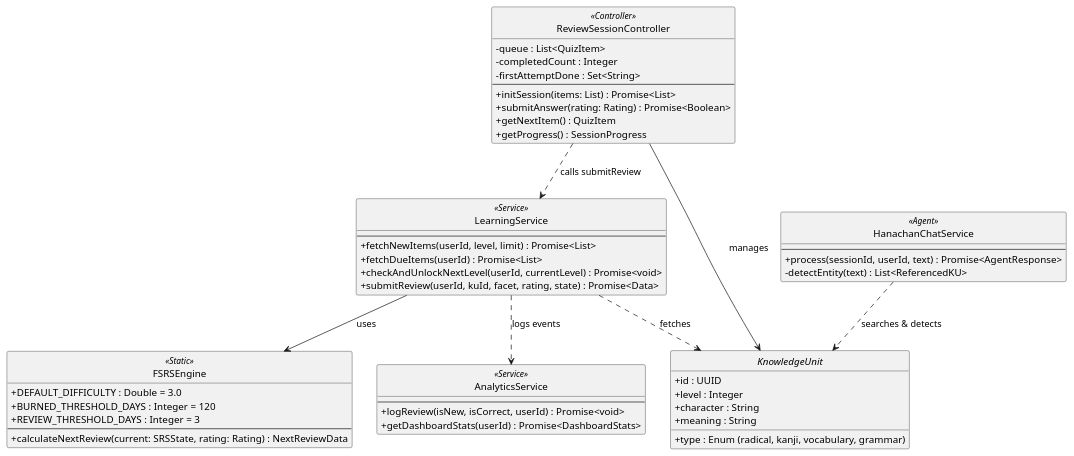
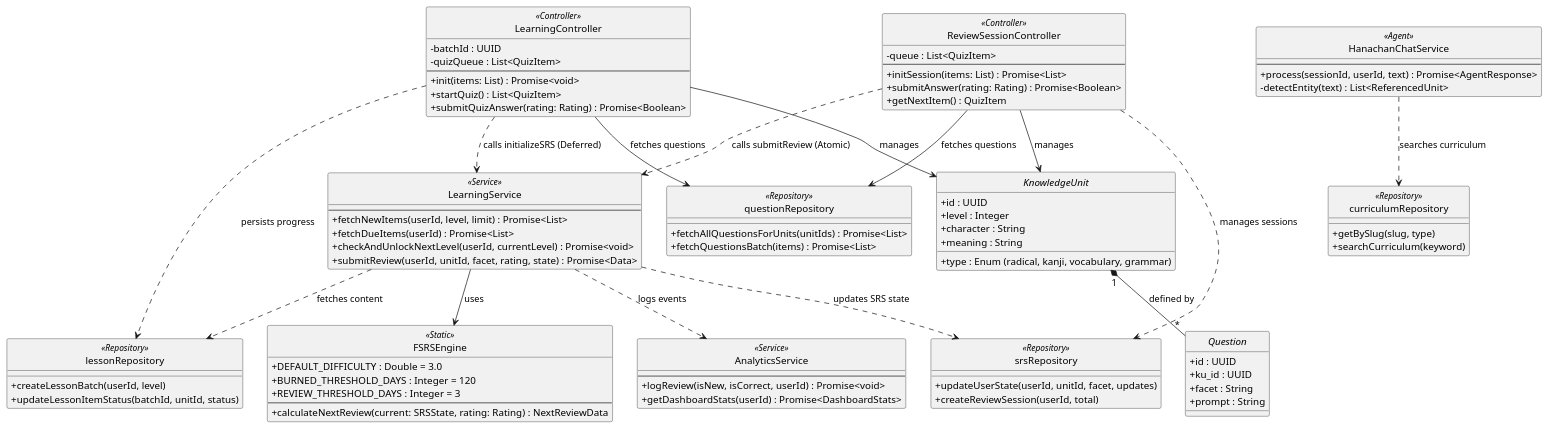
The diagram in docs/uncertain/class/classes.md (anhtranguyen-github/Hanachan), drawn with PlantUML before and after one commit. The commit also changed other lines of this file and 20 other files, not shown here.

First line of the commit message:
docs(arch): update ER and package diagrams for Hanachan v2

````diff
--- a/docs/uncertain/class/classes.md
+++ b/docs/uncertain/class/classes.md
@@ -20,17 +20,26 @@
 }
 
 ' ==========================================
-' 2. THE COORDINATOR: ReviewSessionController
+' 2a. THE DISCOVERY: LearningController
+' ==========================================
+class LearningController <<Controller>> {
+  - batchId : UUID
+  - quizQueue : List<QuizItem>
+  --
+  + init(items: List) : Promise<void>
+  + startQuiz() : List<QuizItem>
+  + submitQuizAnswer(rating: Rating) : Promise<Boolean>
+}
+
+' ==========================================
+' 2b. THE REVIEWER: ReviewSessionController
 ' ==========================================
 class ReviewSessionController <<Controller>> {
   - queue : List<QuizItem>
-  - completedCount : Integer
-  - firstAttemptDone : Set<String>
   --
   + initSession(items: List) : Promise<List>
   + submitAnswer(rating: Rating) : Promise<Boolean>
   + getNextItem() : QuizItem
-  + getProgress() : SessionProgress
 }
 
 ' ==========================================
@@ -41,7 +50,7 @@
   + fetchNewItems(userId, level, limit) : Promise<List>
   + fetchDueItems(userId) : Promise<List>
   + checkAndUnlockNextLevel(userId, currentLevel) : Promise<void>
-  + submitReview(userId, kuId, facet, rating, state) : Promise<Data>
+  + submitReview(userId, unitId, facet, rating, state) : Promise<Data>
 }
 
 ' ==========================================
@@ -61,7 +70,7 @@
 class HanachanChatService <<Agent>> {
   --
   + process(sessionId, userId, text) : Promise<AgentResponse>
-  - detectEntity(text) : List<ReferencedKU>
+  - detectEntity(text) : List<ReferencedUnit>
 }
 
 ' ==========================================
@@ -73,12 +82,50 @@
   + getDashboardStats(userId) : Promise<DashboardStats>
 }
 
+' ==========================================
+' 7. THE CONTENT: Question & Repo
+' ==========================================
+interface Question {
+  + id : UUID
+  + ku_id : UUID
+  + facet : String
+  + prompt : String
+}
+
+class questionRepository <<Repository>> {
+  + fetchAllQuestionsForUnits(unitIds) : Promise<List>
+  + fetchQuestionsBatch(items) : Promise<List>
+}
+
+class lessonRepository <<Repository>> {
+  + createLessonBatch(userId, level)
+  + updateLessonItemStatus(batchId, unitId, status)
+}
+
+class srsRepository <<Repository>> {
+  + updateUserState(userId, unitId, facet, updates)
+  + createReviewSession(userId, total)
+}
+
+class curriculumRepository <<Repository>> {
+  + getBySlug(slug, type)
+  + searchCurriculum(keyword)
+}
+
 ' RELATIONSHIPS
-ReviewSessionController ..> LearningService : calls submitReview
+ReviewSessionController ..> LearningService : calls submitReview (Atomic)
+LearningController ..> LearningService : calls initializeSRS (Deferred)
 LearningService --> FSRSEngine : uses
 LearningService ..> AnalyticsService : logs events
 ReviewSessionController --> KnowledgeUnit : manages
-LearningService ..> KnowledgeUnit : fetches
-HanachanChatService ..> KnowledgeUnit : searches & detects
+LearningController --> KnowledgeUnit : manages
+LearningController --> questionRepository : fetches questions
+ReviewSessionController --> questionRepository : fetches questions
+LearningController ..> lessonRepository : persists progress
+ReviewSessionController ..> srsRepository : manages sessions
+LearningService ..> srsRepository : updates SRS state
+LearningService ..> lessonRepository : fetches content
+HanachanChatService ..> curriculumRepository : searches curriculum
+KnowledgeUnit "1" *-- "*" Question : defined by
 @enduml
 ```
````
